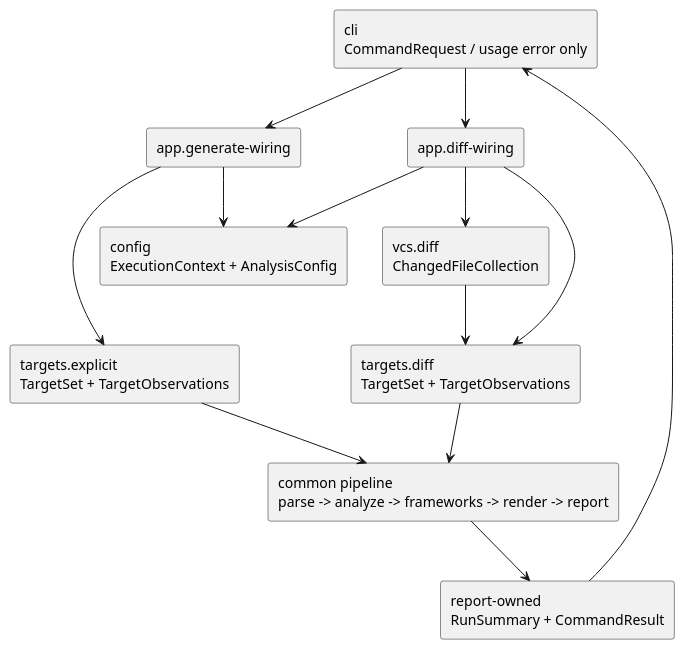
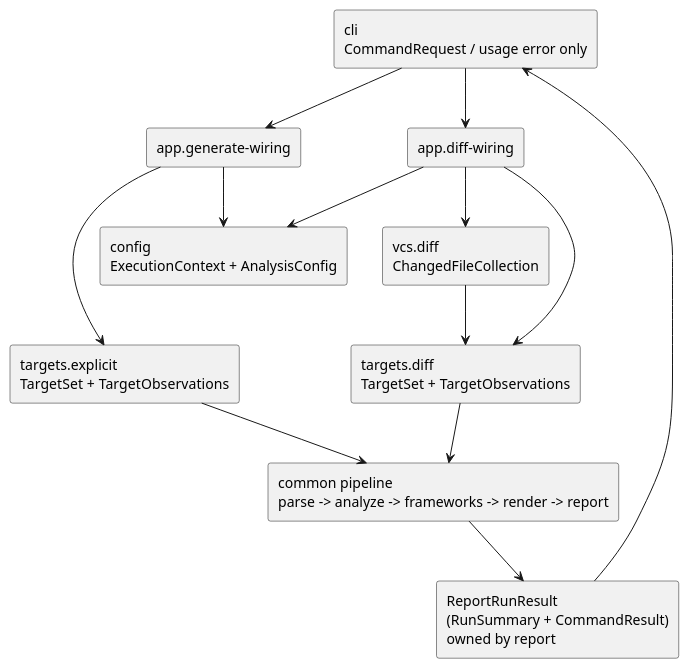
The first of 2 diagrams in spec-dock/initiatives/init-00001-pyclassuml-prototype/epics/epic-00005-e2e-command-wiring/design.md (chemitaro/pyclassuml), drawn with PlantUML before and after one commit. The commit also changed other lines of this file and 4 other files, not shown here.

````diff
--- a/spec-dock/initiatives/init-00001-pyclassuml-prototype/epics/epic-00005-e2e-command-wiring/design.md
+++ b/spec-dock/initiatives/init-00001-pyclassuml-prototype/epics/epic-00005-e2e-command-wiring/design.md
@@ -43,28 +43,28 @@
 ```plantuml
 @startuml
 top to bottom direction
 
 rectangle "cli\nCommandRequest / usage error only" as cli
 rectangle "app.generate-wiring" as gen
 rectangle "app.diff-wiring" as diff
 rectangle "config\nExecutionContext + AnalysisConfig" as config
 rectangle "targets.explicit\nTargetSet + TargetObservations" as explicit
 rectangle "vcs.diff\nChangedFileCollection" as vcs
 rectangle "targets.diff\nTargetSet + TargetObservations" as diff_targets
 rectangle "common pipeline\nparse -> analyze -> frameworks -> render -> report" as common
-rectangle "report-owned\nRunSummary + CommandResult" as result
+rectangle "ReportRunResult\n(RunSummary + CommandResult)\nowned by report" as result
 
 cli --> gen
 cli --> diff
 gen --> config
 gen --> explicit
 explicit --> common
 diff --> config
 diff --> vcs
 diff --> diff_targets
 vcs --> diff_targets
 diff_targets --> common
 common --> result
 result --> cli
 @enduml
 ```
````
